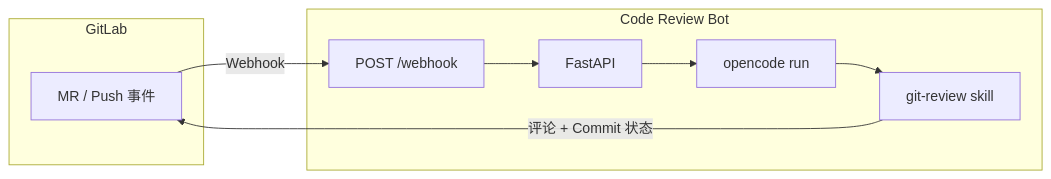
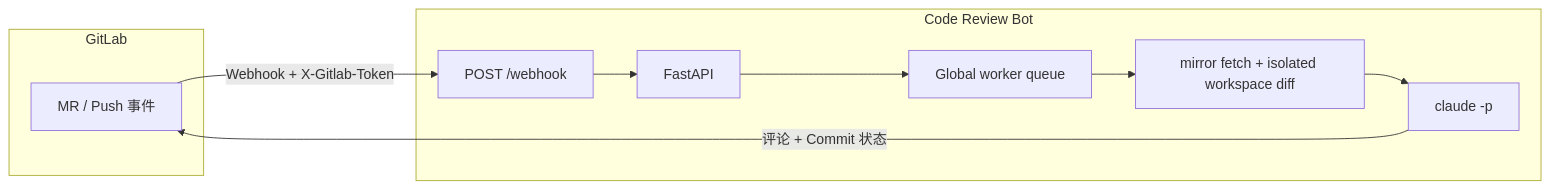
One commit to HyperBDR/code-review-bot changed the diagram in README.md. Above: the diagram before and after it, drawn with Mermaid. The commit also changed other lines of this file and 20 other files, not shown here.

Commit message:
feat: migrate review bot to Claude Code with secure queued reviews

````diff
--- a/README.md
+++ b/README.md
@@ -11,17 +11,19 @@
 ```mermaid
 flowchart LR
   subgraph GitLab
     A[MR / Push 事件]
   end
   subgraph Code Review Bot
     B[POST /webhook]
     C[FastAPI]
-    D[opencode run]
-    E[git-review skill]
+    D[Global worker queue]
+    E[mirror fetch + isolated workspace diff]
+    F[claude -p]
   end
-  A -->|Webhook| B
+  A -->|Webhook + X-Gitlab-Token| B
   B --> C
   C --> D
   D --> E
-  E -->|评论 + Commit 状态| A
+  E --> F
+  F -->|评论 + Commit 状态| A
 ```
````
